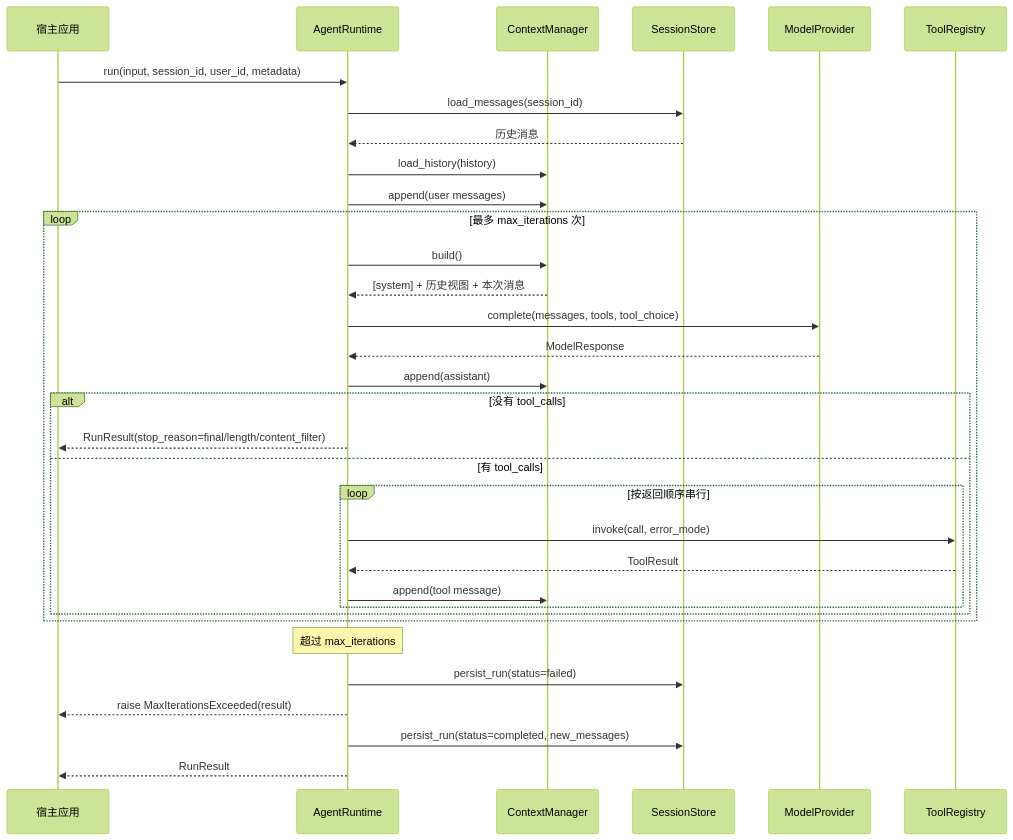
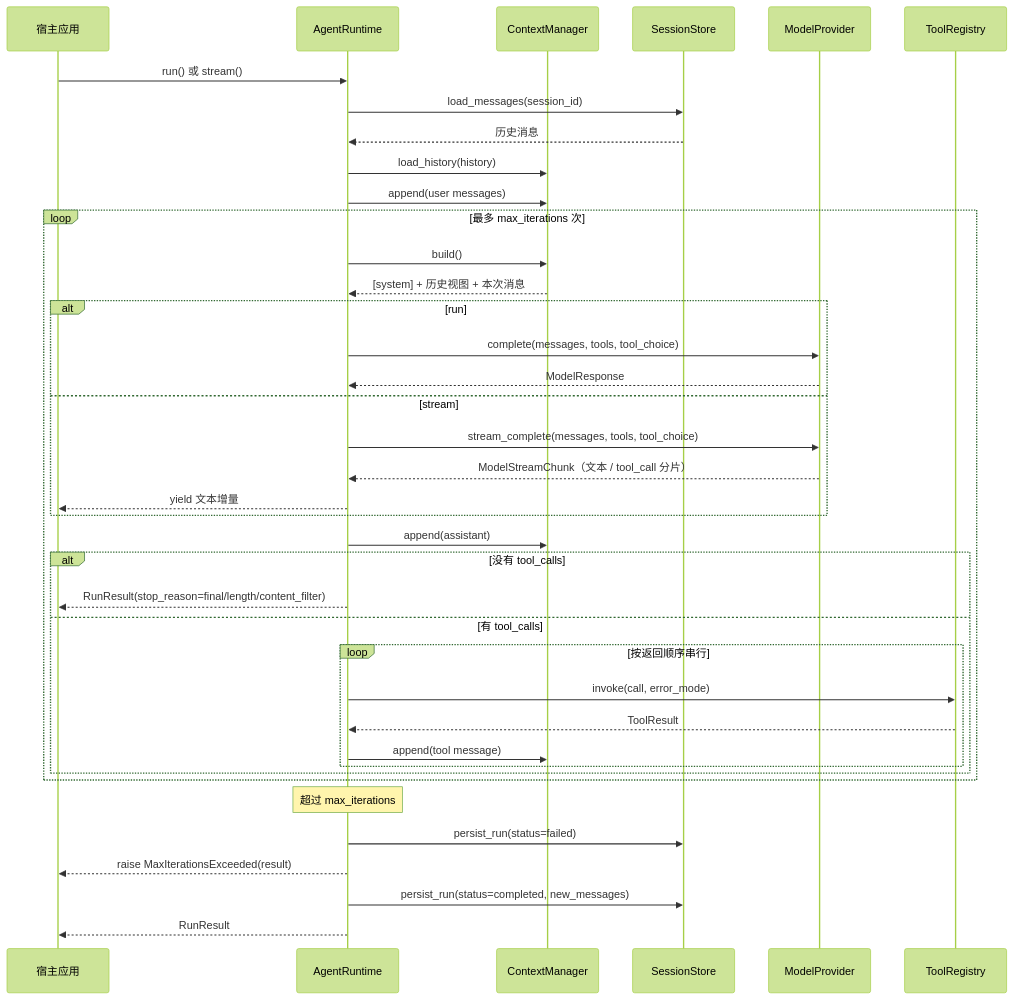
One commit to Kaibome/BokaClaw changed the second of 3 diagrams in docs/agent-loop/architecture.md. Above: the diagram before and after it, drawn with Mermaid (forest theme). The commit also changed other lines of this file, not shown here.

First line of the commit message:
docs(agent-loop): sync architecture document with streaming support

````diff
--- a/docs/agent-loop/architecture.md
+++ b/docs/agent-loop/architecture.md
@@ -277,39 +327,45 @@
 ```mermaid
 sequenceDiagram
     participant App as 宿主应用
     participant RT as AgentRuntime
     participant CTX as ContextManager
     participant ST as SessionStore
     participant MD as ModelProvider
     participant TR as ToolRegistry
 
-    App->>RT: run(input, session_id, user_id, metadata)
+    App->>RT: run() 或 stream()
     RT->>ST: load_messages(session_id)
     ST-->>RT: 历史消息
     RT->>CTX: load_history(history)
     RT->>CTX: append(user messages)
 
     loop 最多 max_iterations 次
         RT->>CTX: build()
         CTX-->>RT: [system] + 历史视图 + 本次消息
-        RT->>MD: complete(messages, tools, tool_choice)
-        MD-->>RT: ModelResponse
+        alt run
+            RT->>MD: complete(messages, tools, tool_choice)
+            MD-->>RT: ModelResponse
+        else stream
+            RT->>MD: stream_complete(messages, tools, tool_choice)
+            MD-->>RT: ModelStreamChunk（文本 / tool_call 分片）
+            RT-->>App: yield 文本增量
+        end
         RT->>CTX: append(assistant)
         alt 没有 tool_calls
             RT-->>App: RunResult(stop_reason=final/length/content_filter)
         else 有 tool_calls
             loop 按返回顺序串行
                 RT->>TR: invoke(call, error_mode)
                 TR-->>RT: ToolResult
                 RT->>CTX: append(tool message)
             end
         end
     end
 
     Note over RT: 超过 max_iterations
     RT->>ST: persist_run(status=failed)
     RT-->>App: raise MaxIterationsExceeded(result)
 
     RT->>ST: persist_run(status=completed, new_messages)
     RT-->>App: RunResult
 ```
````
